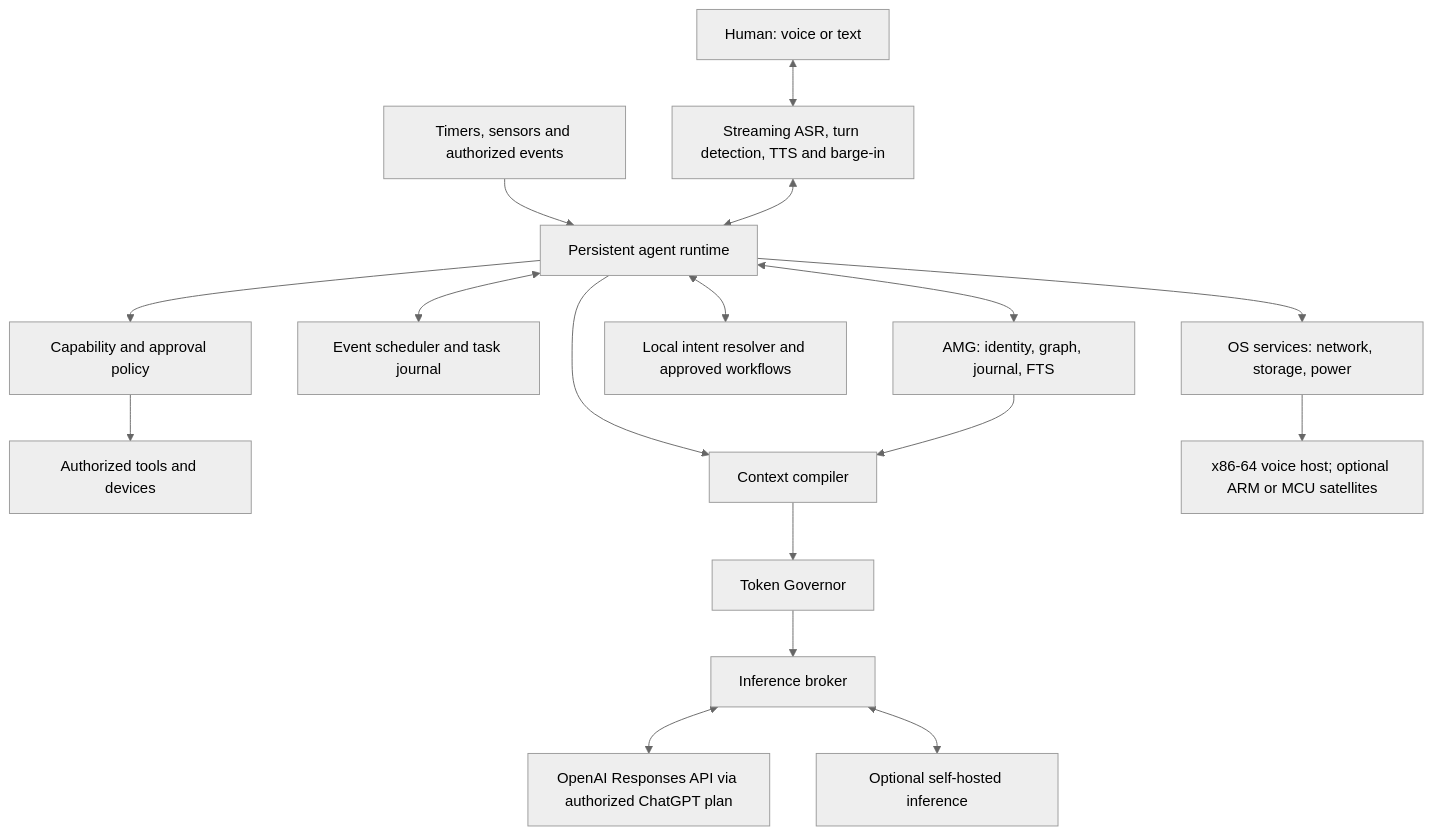
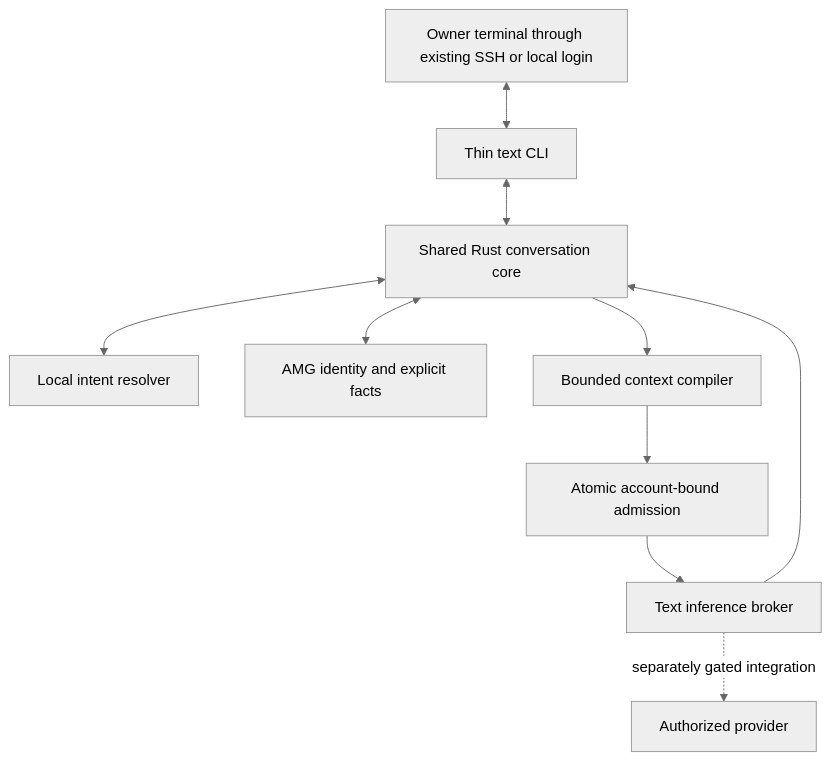
One commit to idmfrank/atomos changed the diagram in README.md. Above: the diagram before and after it, drawn with Mermaid (neutral theme). The commit also changed other lines of this file and 13 other files, not shown here.

Commit message:
docs: refocus AtomOS MVP on a single-owner CLI over SSH

````diff
--- a/README.md
+++ b/README.md
@@ -137,19 +149,12 @@
 ```mermaid
 flowchart TD
-    U[Human: voice or text] <--> P[Streaming ASR, turn detection, TTS and barge-in]
-    E[Timers, sensors and authorized events] --> R
-    P <--> R[Persistent agent runtime]
-    R <--> M[AMG: identity, graph, journal, FTS]
-    R <--> S[Event scheduler and task journal]
-    R --> A[Capability and approval policy]
-    A --> T[Authorized tools and devices]
-    R <--> D[Local intent resolver and approved workflows]
-    R --> X[Context compiler]
-    M --> X
-    X --> G[Token Governor]
-    G --> B[Inference broker]
-    B <--> C[OpenAI Responses API via authorized ChatGPT plan]
-    B <--> H[Optional self-hosted inference]
-    R --> O[OS services: network, storage, power]
-    O --> HW[x86-64 voice host; optional ARM or MCU satellites]
+    U[Owner terminal through existing SSH or local login] <--> CLI[Thin text CLI]
+    CLI <--> R[Shared Rust conversation core]
+    R <--> L[Local intent resolver]
+    R <--> M[AMG identity and explicit facts]
+    R --> X[Bounded context compiler]
+    X --> G[Atomic account-bound admission]
+    G --> B[Text inference broker]
+    B -. separately gated integration .-> P[Authorized provider]
+    B --> R
 ```
````
